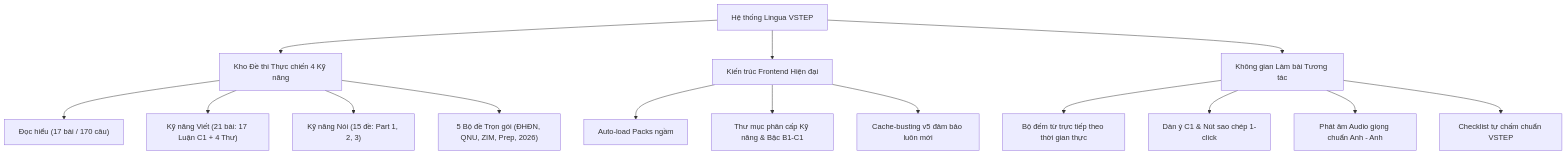
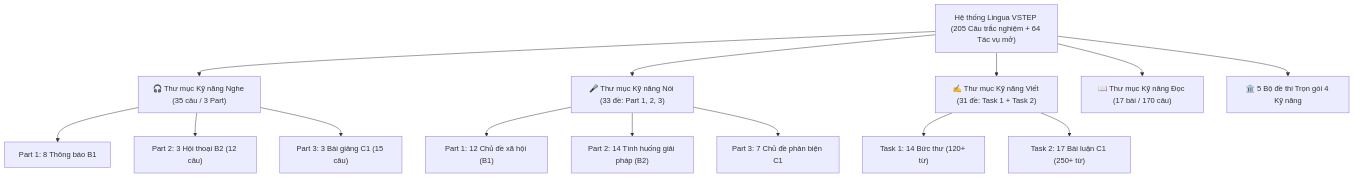
One commit to tiendung04dtvt-debug/lingua changed the diagram in BAO_CAO_DU_AN_VSTEP.md. Above: the diagram before and after it, drawn with Mermaid. The commit also changed other lines of this file and 6 other files, not shown here.

Commit message:
feat: integrate full Listening bank (35 Qs), 10 Task 1 letters, and 18 Speaking tasks with audio player and transcript

````diff
--- a/BAO_CAO_DU_AN_VSTEP.md
+++ b/BAO_CAO_DU_AN_VSTEP.md
@@ -28,20 +23,19 @@
 ```mermaid
 graph TD
-    A[Hệ thống Lingua VSTEP] --> B[Kho Đề thi Thực chiến 4 Kỹ năng]
-    A --> C[Kiến trúc Frontend Hiện đại]
-    A --> D[Không gian Làm bài Tương tác]
+    A["Hệ thống Lingua VSTEP (205 Câu trắc nghiệm + 64 Tác vụ mở)"] --> B["🎧 Thư mục Kỹ năng Nghe (35 câu / 3 Part)"]
+    A --> C["🎤 Thư mục Kỹ năng Nói (33 đề: Part 1, 2, 3)"]
+    A --> D["✍️ Thư mục Kỹ năng Viết (31 đề: Task 1 + Task 2)"]
+    A --> E["📖 Thư mục Kỹ năng Đọc (17 bài / 170 câu)"]
+    A --> F["🏛️ 5 Bộ đề thi Trọn gói 4 Kỹ năng"]
 
-    B --> B1["Đọc hiểu (17 bài / 170 câu)"]
-    B --> B2["Kỹ năng Viết (21 bài: 17 Luận C1 + 4 Thư)"]
-    B --> B3["Kỹ năng Nói (15 đề: Part 1, 2, 3)"]
-    B --> B4["5 Bộ đề Trọn gói (ĐHĐN, QNU, ZIM, Prep, 2026)"]
+    B --> B1["Part 1: 8 Thông báo B1"]
+    B --> B2["Part 2: 3 Hội thoại B2 (12 câu)"]
+    B --> B3["Part 3: 3 Bài giảng C1 (15 câu)"]
 
-    C --> C1[Auto-load Packs ngầm]
-    C --> C2[Thư mục phân cấp Kỹ năng & Bậc B1-C1]
-    C --> C3[Cache-busting v5 đảm bảo luôn mới]
+    C --> C1["Part 1: 12 Chủ đề xã hội (B1)"]
+    C --> C2["Part 2: 14 Tình huống giải pháp (B2)"]
+    C --> C3["Part 3: 7 Chủ đề phản biện C1"]
 
-    D --> D1[Bộ đếm từ trực tiếp theo thời gian thực]
-    D --> D2[Dàn ý C1 & Nút sao chép 1-click]
-    D --> D3[Phát âm Audio giọng chuẩn Anh - Anh]
-    D --> D4[Checklist tự chấm chuẩn VSTEP]
+    D --> D1["Task 1: 14 Bức thư (120+ từ)"]
+    D --> D2["Task 2: 17 Bài luận C1 (250+ từ)"]
 ```
````
